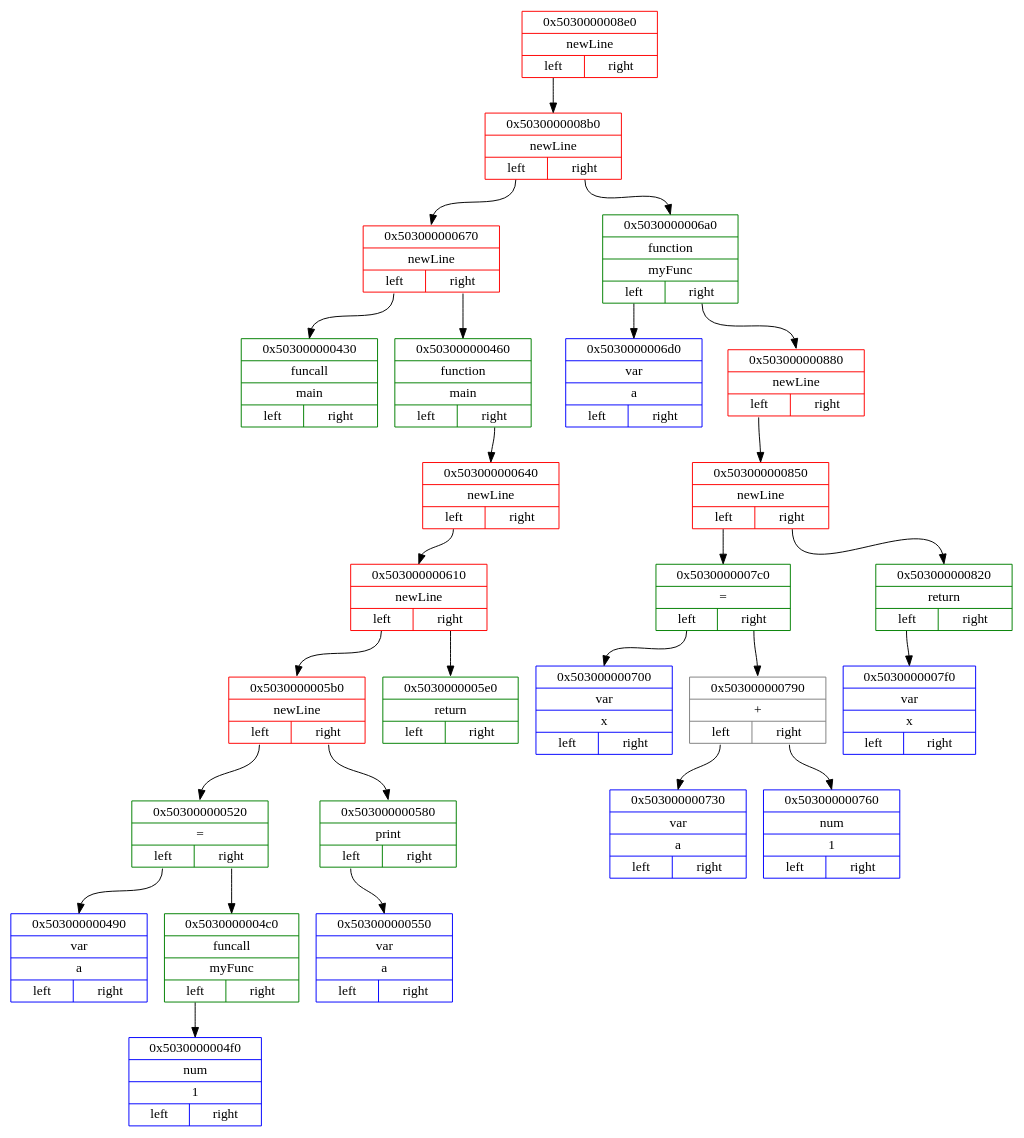
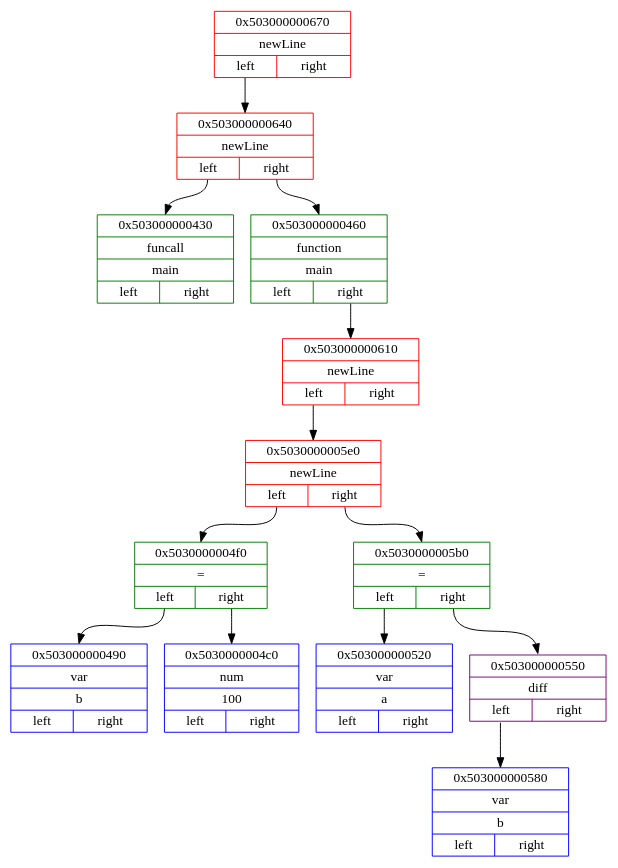
One commit to Matvey787/myProgLanguage changed the diagram in dot_files/frontenedDotFile.dot. Above: the diagram before and after it, drawn with Graphviz. The commit also changed 17 other files, not shown here.

```diff
--- a/dot_files/frontenedDotFile.dot
+++ b/dot_files/frontenedDotFile.dot
@@ -1,56 +1,30 @@
 digraph
 { 
 rankdir=HR;
 
-node0x5030000008e0 [ shape=record, color = red rank = 1, label= "{ 0x5030000008e0 | newLine |         {<n0x5030000008e0_l> left | <n0x5030000008e0_r> right}} " ];
-node0x5030000008b0 [ shape=record, color = red rank = 2, label= "{ 0x5030000008b0 | newLine |         {<n0x5030000008b0_l> left | <n0x5030000008b0_r> right}} " ];
-node0x503000000670 [ shape=record, color = red rank = 3, label= "{ 0x503000000670 | newLine |         {<n0x503000000670_l> left | <n0x503000000670_r> right}} " ];
-node0x503000000430 [ shape=record, color = green rank = 4, label= "{ 0x503000000430 | funcall | main |         {<n0x503000000430_l> left | <n0x503000000430_r> right}} " ];
-node0x503000000670:<n0x503000000670_l>:s -> node0x503000000430:n [ color = black; ]
-node0x503000000460 [ shape=record, color = green rank = 5, label= "{ 0x503000000460 | function | main |         {<n0x503000000460_l> left | <n0x503000000460_r> right}} " ];
-node0x503000000640 [ shape=record, color = red rank = 6, label= "{ 0x503000000640 | newLine |         {<n0x503000000640_l> left | <n0x503000000640_r> right}} " ];
-node0x503000000610 [ shape=record, color = red rank = 7, label= "{ 0x503000000610 | newLine |         {<n0x503000000610_l> left | <n0x503000000610_r> right}} " ];
-node0x5030000005b0 [ shape=record, color = red rank = 8, label= "{ 0x5030000005b0 | newLine |         {<n0x5030000005b0_l> left | <n0x5030000005b0_r> right}} " ];
-node0x503000000520 [ shape=record, color = green rank = 9, label= "{ 0x503000000520 | = |         {<n0x503000000520_l> left | <n0x503000000520_r> right}} " ];
-node0x503000000490 [ shape=record, color = blue rank = 10, label= "{ 0x503000000490 | var | a |         {<n0x503000000490_l> left | <n0x503000000490_r> right}} " ];
-node0x503000000520:<n0x503000000520_l>:s -> node0x503000000490:n [ color = black; ]
-node0x5030000004c0 [ shape=record, color = green rank = 11, label= "{ 0x5030000004c0 | funcall | myFunc |         {<n0x5030000004c0_l> left | <n0x5030000004c0_r> right}} " ];
-node0x5030000004f0 [ shape=record, color = blue rank = 12, label= "{ 0x5030000004f0 | num | 1 |         {<n0x5030000004f0_l> left | <n0x5030000004f0_r> right}} " ];
-node0x5030000004c0:<n0x5030000004c0_l>:s -> node0x5030000004f0:n [ color = black; ]
-node0x503000000520:<n0x503000000520_r>:s -> node0x5030000004c0:n [ color = black; ]
+node0x503000000670 [ shape=record, color = red rank = 1, label= "{ 0x503000000670 | newLine |         {<n0x503000000670_l> left | <n0x503000000670_r> right}} " ];
+node0x503000000640 [ shape=record, color = red rank = 2, label= "{ 0x503000000640 | newLine |         {<n0x503000000640_l> left | <n0x503000000640_r> right}} " ];
+node0x503000000430 [ shape=record, color = green rank = 3, label= "{ 0x503000000430 | funcall | main |         {<n0x503000000430_l> left | <n0x503000000430_r> right}} " ];
+node0x503000000640:<n0x503000000640_l>:s -> node0x503000000430:n [ color = black; ]
+node0x503000000460 [ shape=record, color = green rank = 4, label= "{ 0x503000000460 | function | main |         {<n0x503000000460_l> left | <n0x503000000460_r> right}} " ];
+node0x503000000610 [ shape=record, color = red rank = 5, label= "{ 0x503000000610 | newLine |         {<n0x503000000610_l> left | <n0x503000000610_r> right}} " ];
+node0x5030000005e0 [ shape=record, color = red rank = 6, label= "{ 0x5030000005e0 | newLine |         {<n0x5030000005e0_l> left | <n0x5030000005e0_r> right}} " ];
+node0x5030000004f0 [ shape=record, color = green rank = 7, label= "{ 0x5030000004f0 | = |         {<n0x5030000004f0_l> left | <n0x5030000004f0_r> right}} " ];
+node0x503000000490 [ shape=record, color = blue rank = 8, label= "{ 0x503000000490 | var | b |         {<n0x503000000490_l> left | <n0x503000000490_r> right}} " ];
+node0x5030000004f0:<n0x5030000004f0_l>:s -> node0x503000000490:n [ color = black; ]
+node0x5030000004c0 [ shape=record, color = blue rank = 9, label= "{ 0x5030000004c0 | num | 100 |         {<n0x5030000004c0_l> left | <n0x5030000004c0_r> right}} " ];
+node0x5030000004f0:<n0x5030000004f0_r>:s -> node0x5030000004c0:n [ color = black; ]
+node0x5030000005e0:<n0x5030000005e0_l>:s -> node0x5030000004f0:n [ color = black; ]
+node0x5030000005b0 [ shape=record, color = green rank = 8, label= "{ 0x5030000005b0 | = |         {<n0x5030000005b0_l> left | <n0x5030000005b0_r> right}} " ];
+node0x503000000520 [ shape=record, color = blue rank = 9, label= "{ 0x503000000520 | var | a |         {<n0x503000000520_l> left | <n0x503000000520_r> right}} " ];
 node0x5030000005b0:<n0x5030000005b0_l>:s -> node0x503000000520:n [ color = black; ]
-node0x503000000580 [ shape=record, color = green rank = 10, label= "{ 0x503000000580 | print |         {<n0x503000000580_l> left | <n0x503000000580_r> right}} " ];
-node0x503000000550 [ shape=record, color = blue rank = 11, label= "{ 0x503000000550 | var | a |         {<n0x503000000550_l> left | <n0x503000000550_r> right}} " ];
-node0x503000000580:<n0x503000000580_l>:s -> node0x503000000550:n [ color = black; ]
-node0x5030000005b0:<n0x5030000005b0_r>:s -> node0x503000000580:n [ color = black; ]
-node0x503000000610:<n0x503000000610_l>:s -> node0x5030000005b0:n [ color = black; ]
-node0x5030000005e0 [ shape=record, color = green rank = 9, label= "{ 0x5030000005e0 | return |         {<n0x5030000005e0_l> left | <n0x5030000005e0_r> right}} " ];
-node0x503000000610:<n0x503000000610_r>:s -> node0x5030000005e0:n [ color = black; ]
-node0x503000000640:<n0x503000000640_l>:s -> node0x503000000610:n [ color = black; ]
-node0x503000000460:<n0x503000000460_r>:s -> node0x503000000640:n [ color = black; ]
-node0x503000000670:<n0x503000000670_r>:s -> node0x503000000460:n [ color = black; ]
-node0x5030000008b0:<n0x5030000008b0_l>:s -> node0x503000000670:n [ color = black; ]
-node0x5030000006a0 [ shape=record, color = green rank = 4, label= "{ 0x5030000006a0 | function | myFunc |         {<n0x5030000006a0_l> left | <n0x5030000006a0_r> right}} " ];
-node0x5030000006d0 [ shape=record, color = blue rank = 5, label= "{ 0x5030000006d0 | var | a |         {<n0x5030000006d0_l> left | <n0x5030000006d0_r> right}} " ];
-node0x5030000006a0:<n0x5030000006a0_l>:s -> node0x5030000006d0:n [ color = black; ]
-node0x503000000880 [ shape=record, color = red rank = 6, label= "{ 0x503000000880 | newLine |         {<n0x503000000880_l> left | <n0x503000000880_r> right}} " ];
-node0x503000000850 [ shape=record, color = red rank = 7, label= "{ 0x503000000850 | newLine |         {<n0x503000000850_l> left | <n0x503000000850_r> right}} " ];
-node0x5030000007c0 [ shape=record, color = green rank = 8, label= "{ 0x5030000007c0 | = |         {<n0x5030000007c0_l> left | <n0x5030000007c0_r> right}} " ];
-node0x503000000700 [ shape=record, color = blue rank = 9, label= "{ 0x503000000700 | var | x |         {<n0x503000000700_l> left | <n0x503000000700_r> right}} " ];
-node0x5030000007c0:<n0x5030000007c0_l>:s -> node0x503000000700:n [ color = black; ]
-node0x503000000790 [ shape=record, color = grey rank = 10, label= "{ 0x503000000790 | + |         {<n0x503000000790_l> left | <n0x503000000790_r> right}} " ];
-node0x503000000730 [ shape=record, color = blue rank = 11, label= "{ 0x503000000730 | var | a |         {<n0x503000000730_l> left | <n0x503000000730_r> right}} " ];
-node0x503000000790:<n0x503000000790_l>:s -> node0x503000000730:n [ color = black; ]
-node0x503000000760 [ shape=record, color = blue rank = 12, label= "{ 0x503000000760 | num | 1 |         {<n0x503000000760_l> left | <n0x503000000760_r> right}} " ];
-node0x503000000790:<n0x503000000790_r>:s -> node0x503000000760:n [ color = black; ]
-node0x5030000007c0:<n0x5030000007c0_r>:s -> node0x503000000790:n [ color = black; ]
-node0x503000000850:<n0x503000000850_l>:s -> node0x5030000007c0:n [ color = black; ]
-node0x503000000820 [ shape=record, color = green rank = 9, label= "{ 0x503000000820 | return |         {<n0x503000000820_l> left | <n0x503000000820_r> right}} " ];
-node0x5030000007f0 [ shape=record, color = blue rank = 10, label= "{ 0x5030000007f0 | var | x |         {<n0x5030000007f0_l> left | <n0x5030000007f0_r> right}} " ];
-node0x503000000820:<n0x503000000820_l>:s -> node0x5030000007f0:n [ color = black; ]
-node0x503000000850:<n0x503000000850_r>:s -> node0x503000000820:n [ color = black; ]
-node0x503000000880:<n0x503000000880_l>:s -> node0x503000000850:n [ color = black; ]
-node0x5030000006a0:<n0x5030000006a0_r>:s -> node0x503000000880:n [ color = black; ]
-node0x5030000008b0:<n0x5030000008b0_r>:s -> node0x5030000006a0:n [ color = black; ]
-node0x5030000008e0:<n0x5030000008e0_l>:s -> node0x5030000008b0:n [ color = black; ]
+node0x503000000550 [ shape=record, color = purple rank = 10, label= "{ 0x503000000550 | diff |         {<n0x503000000550_l> left | <n0x503000000550_r> right}} " ];
+node0x503000000580 [ shape=record, color = blue rank = 11, label= "{ 0x503000000580 | var | b |         {<n0x503000000580_l> left | <n0x503000000580_r> right}} " ];
+node0x503000000550:<n0x503000000550_l>:s -> node0x503000000580:n [ color = black; ]
+node0x5030000005b0:<n0x5030000005b0_r>:s -> node0x503000000550:n [ color = black; ]
+node0x5030000005e0:<n0x5030000005e0_r>:s -> node0x5030000005b0:n [ color = black; ]
+node0x503000000610:<n0x503000000610_l>:s -> node0x5030000005e0:n [ color = black; ]
+node0x503000000460:<n0x503000000460_r>:s -> node0x503000000610:n [ color = black; ]
+node0x503000000640:<n0x503000000640_r>:s -> node0x503000000460:n [ color = black; ]
+node0x503000000670:<n0x503000000670_l>:s -> node0x503000000640:n [ color = black; ]
 }
```
